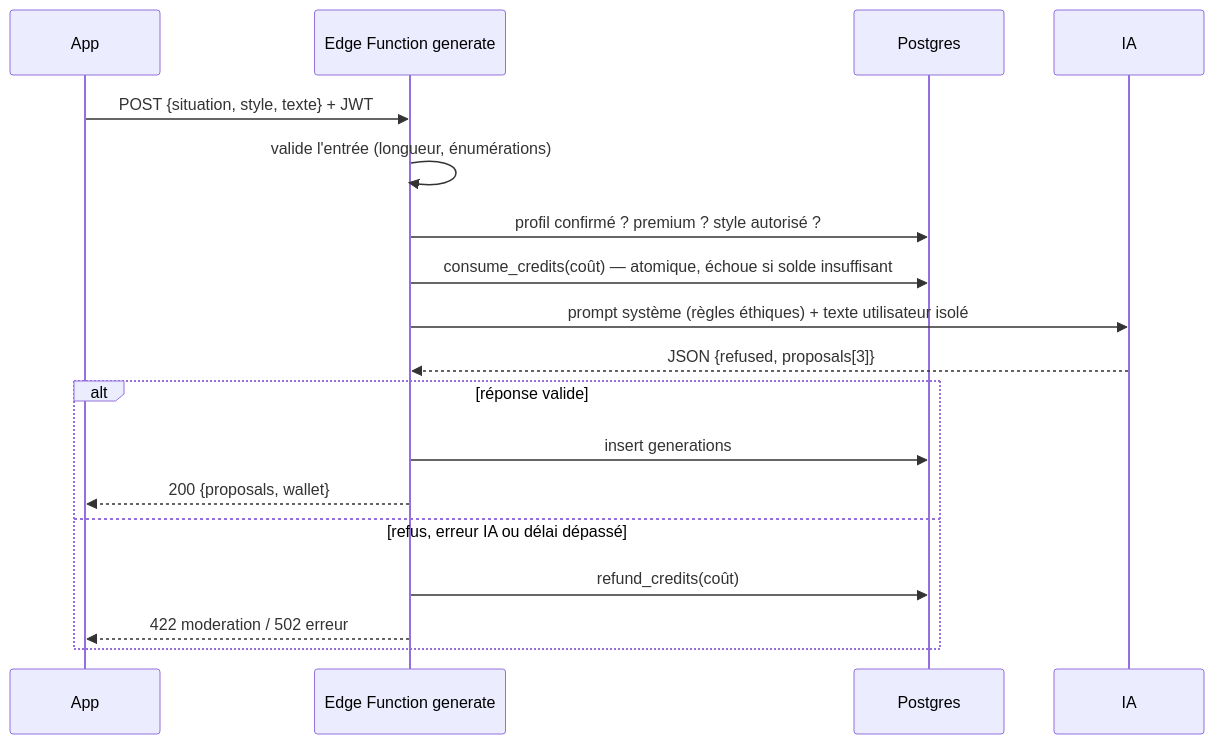
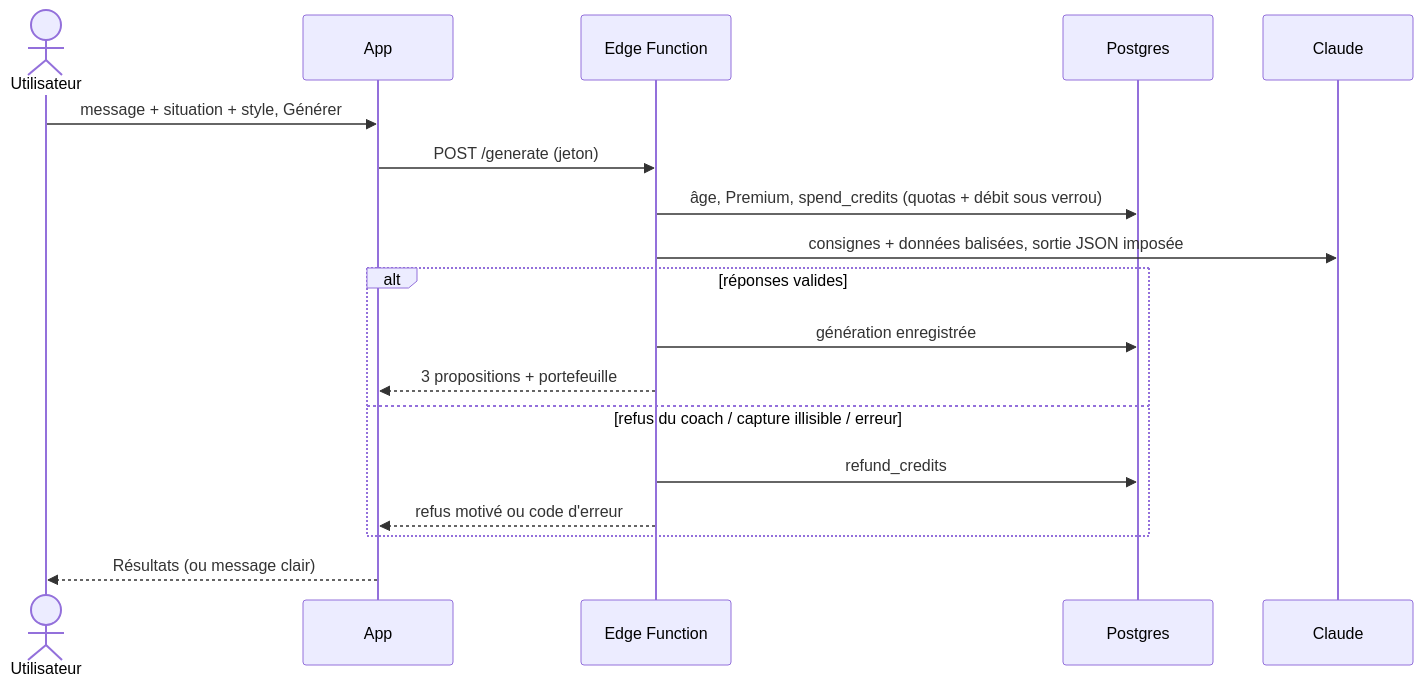
Before and after one commit to Kelenix/Flirt-Coach: the second of 6 diagrams in docs/system-design.md, drawn with Mermaid. The commit also changed other lines of this file and 50 other files, not shown here.

````diff
--- a/docs/system-design.md
+++ b/docs/system-design.md
@@ -69,20 +27,20 @@
 ```mermaid
 sequenceDiagram
+  actor U as Utilisateur
   participant App
-  participant EF as Edge Function generate
+  participant EF as Edge Function
   participant DB as Postgres
-  participant IA
-  App->>EF: POST {situation, style, texte} + JWT
-  EF->>EF: valide l'entrée (longueur, énumérations)
-  EF->>DB: profil confirmé ? premium ? style autorisé ?
-  EF->>DB: consume_credits(coût) — atomique, échoue si solde insuffisant
-  EF->>IA: prompt système (règles éthiques) + texte utilisateur isolé
-  IA-->>EF: JSON {refused, proposals[3]}
-  alt réponse valide
-    EF->>DB: insert generations
-    EF-->>App: 200 {proposals, wallet}
-  else refus, erreur IA ou délai dépassé
-    EF->>DB: refund_credits(coût)
-    EF-->>App: 422 moderation / 502 erreur
+  participant AI as Claude
+  U->>App: message + situation + style, Générer
+  App->>EF: POST /generate (jeton)
+  EF->>DB: âge, Premium, spend_credits (quotas + débit sous verrou)
+  EF->>AI: consignes + données balisées, sortie JSON imposée
+  alt réponses valides
+    EF->>DB: génération enregistrée
+    EF-->>App: 3 propositions + portefeuille
+  else refus du coach / capture illisible / erreur
+    EF->>DB: refund_credits
+    EF-->>App: refus motivé ou code d'erreur
   end
+  App-->>U: Résultats (ou message clair)
 ```
````
